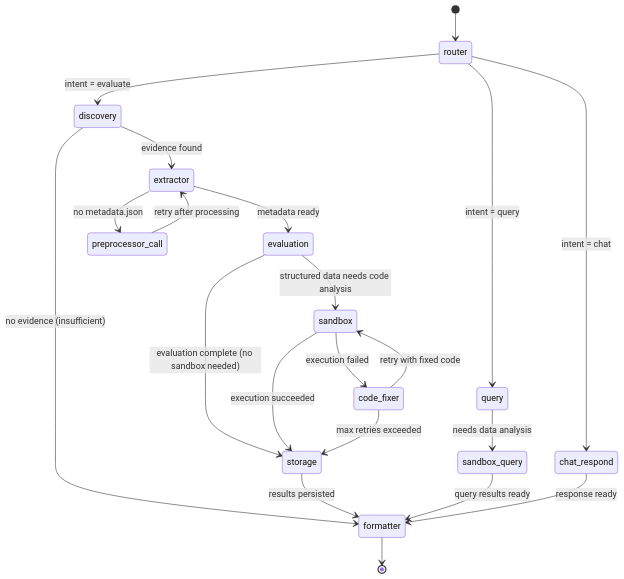
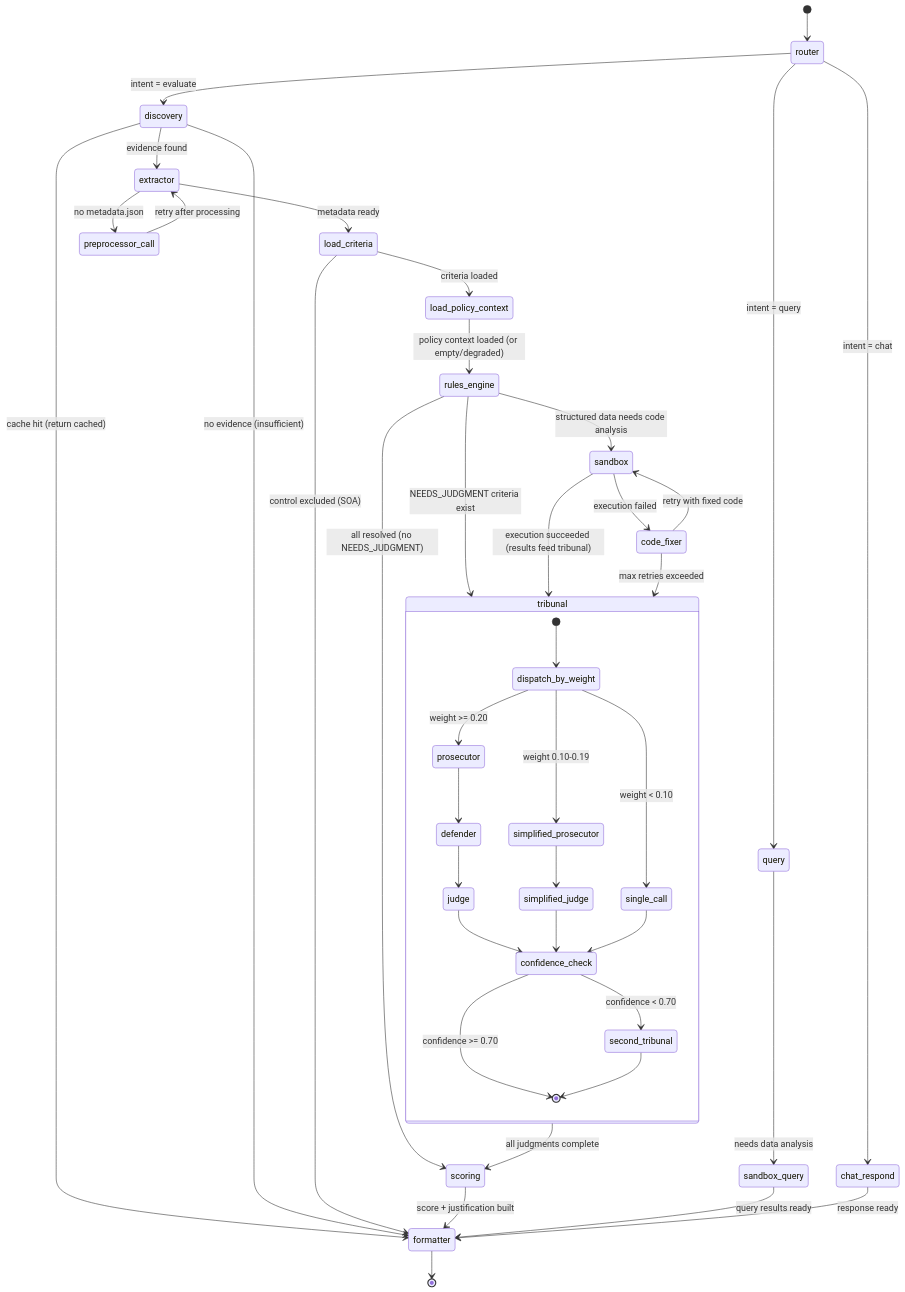
Before and after one commit to indukuk/onpremai: the third of 12 diagrams in agent-eval/DESIGN.md, drawn with Mermaid. The commit also changed other lines of this file and 3 other files, not shown here.

First line of the commit message:
Add adversarial tribunal evaluation, policy graph RAG pipeline, and deployment architecture

````diff
--- a/agent-eval/DESIGN.md
+++ b/agent-eval/DESIGN.md
@@ -131,32 +155,57 @@
 ```mermaid
 stateDiagram-v2
     [*] --> router
 
     router --> discovery: intent = evaluate
     router --> query: intent = query
     router --> chat_respond: intent = chat
 
     discovery --> extractor: evidence found
+    discovery --> formatter: cache hit (return cached)
     discovery --> formatter: no evidence (insufficient)
 
-    extractor --> evaluation: metadata ready
+    extractor --> load_criteria: metadata ready
     extractor --> preprocessor_call: no metadata.json
     preprocessor_call --> extractor: retry after processing
 
-    evaluation --> sandbox: structured data needs code analysis
-    evaluation --> storage: evaluation complete (no sandbox needed)
+    load_criteria --> load_policy_context: criteria loaded
+    load_criteria --> formatter: control excluded (SOA)
+
+    load_policy_context --> rules_engine: policy context loaded (or empty/degraded)
+
+    rules_engine --> scoring: all resolved (no NEEDS_JUDGMENT)
+    rules_engine --> sandbox: structured data needs code analysis
+    rules_engine --> tribunal: NEEDS_JUDGMENT criteria exist
 
     sandbox --> code_fixer: execution failed
-    sandbox --> storage: execution succeeded
+    sandbox --> tribunal: execution succeeded (results feed tribunal)
     code_fixer --> sandbox: retry with fixed code
-    code_fixer --> storage: max retries exceeded
+    code_fixer --> tribunal: max retries exceeded
 
-    storage --> formatter: results persisted
+    state tribunal {
+        [*] --> dispatch_by_weight
+        dispatch_by_weight --> prosecutor: weight >= 0.20
+        dispatch_by_weight --> simplified_prosecutor: weight 0.10-0.19
+        dispatch_by_weight --> single_call: weight < 0.10
+        prosecutor --> defender
+        defender --> judge
+        simplified_prosecutor --> simplified_judge
+        judge --> confidence_check
+        simplified_judge --> confidence_check
+        single_call --> confidence_check
+        confidence_check --> [*]: confidence >= 0.70
+        confidence_check --> second_tribunal: confidence < 0.70
+        second_tribunal --> [*]
+    }
+
+    tribunal --> scoring: all judgments complete
+
+    scoring --> formatter: score + justification built
 
     query --> sandbox_query: needs data analysis
     sandbox_query --> formatter: query results ready
 
     chat_respond --> formatter: response ready
 
     formatter --> [*]
 ```
````
